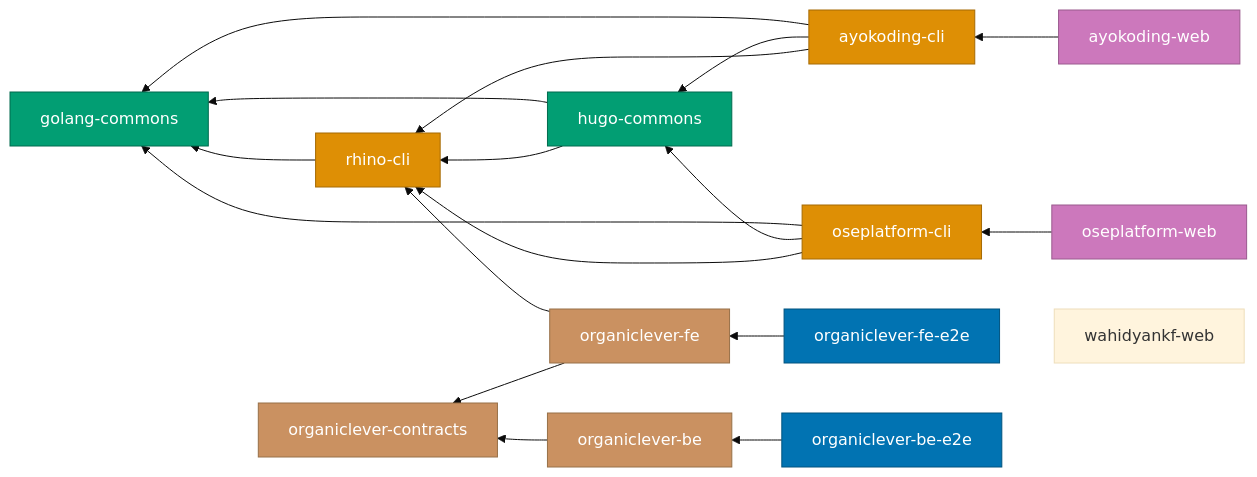
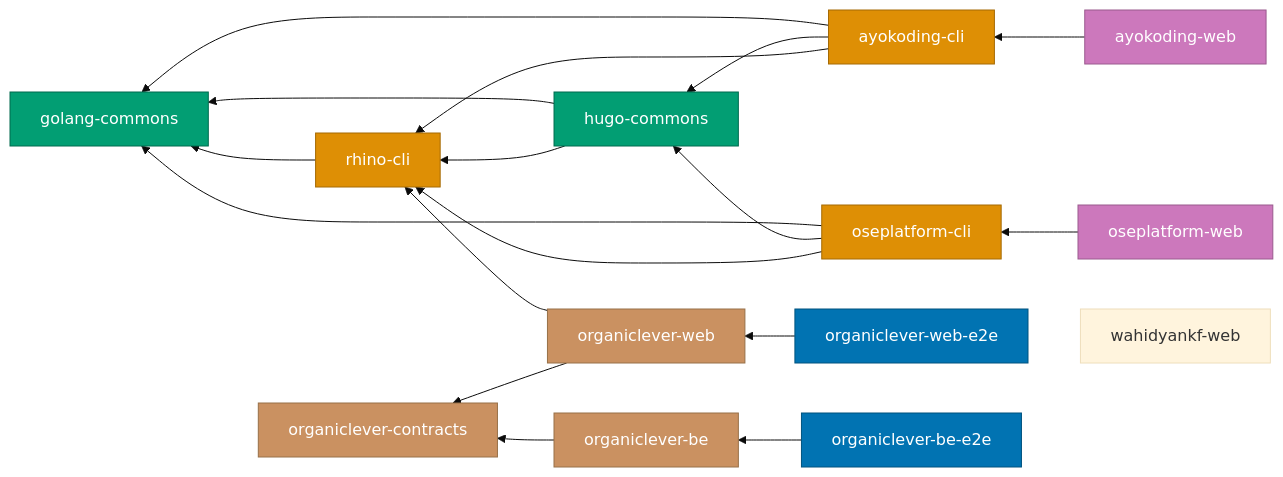
Before and after one commit to wahidyankf/open-sharia-enterprise: the diagram in docs/reference/project-dependency-graph.md, drawn with Mermaid (base theme). The commit also changed other lines of this file and 193 other files, not shown here.

First line of the commit message:
refactor(organiclever): rename organiclever-fe* to organiclever-web*

````diff
--- a/docs/reference/project-dependency-graph.md
+++ b/docs/reference/project-dependency-graph.md
@@ -56,60 +56,60 @@
 ```mermaid
 graph RL
   %% Go libs (leaf / near-leaf)
   GC[golang-commons]
   HC[hugo-commons]
 
   %% CLI tools
   RC[rhino-cli]
   AKC[ayokoding-cli]
   OPC[oseplatform-cli]
 
   %% Content sites
   AKW[ayokoding-web]
   OPW[oseplatform-web]
   WKF[wahidyankf-web]
 
   %% OrganicLever
-  OLF[organiclever-fe]
+  OLF[organiclever-web]
   OLB[organiclever-be]
   OLC[organiclever-contracts]
-  OLFE2E[organiclever-fe-e2e]
+  OLFE2E[organiclever-web-e2e]
   OLBE2E[organiclever-be-e2e]
 
   %% --- Dependency edges ---
 
   %% Go lib chain
   RC --> GC
   HC --> GC
   HC --> RC
   AKC --> GC
   AKC --> HC
   AKC --> RC
   OPC --> GC
   OPC --> HC
   OPC --> RC
 
   %% Content sites
   AKW --> AKC
   OPW --> OPC
 
   %% OrganicLever
   OLF --> RC
   OLF --> OLC
   OLB --> OLC
   OLFE2E --> OLF
   OLBE2E --> OLB
 
   %% Styles
   classDef lib fill:#029E73,stroke:#016B4E,color:#FFFFFF
   classDef cli fill:#DE8F05,stroke:#A56A04,color:#FFFFFF
   classDef site fill:#CC78BC,stroke:#9A5A8E,color:#FFFFFF
   classDef product fill:#CA9161,stroke:#977048,color:#FFFFFF
   classDef e2e fill:#0173B2,stroke:#01537F,color:#FFFFFF
 
   class GC,HC lib
   class RC,AKC,OPC cli
   class AKW,OPW site
   class OLF,OLB,OLC product
   class OLFE2E,OLBE2E e2e
 ```
````
